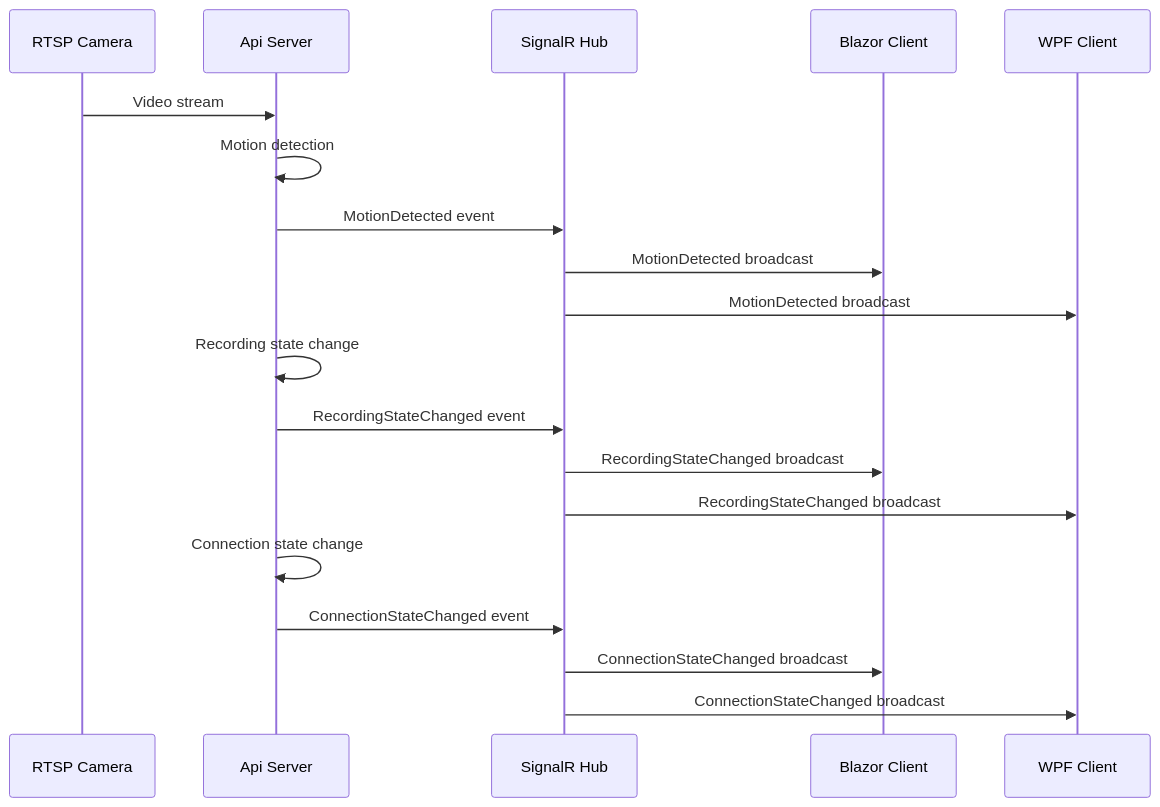
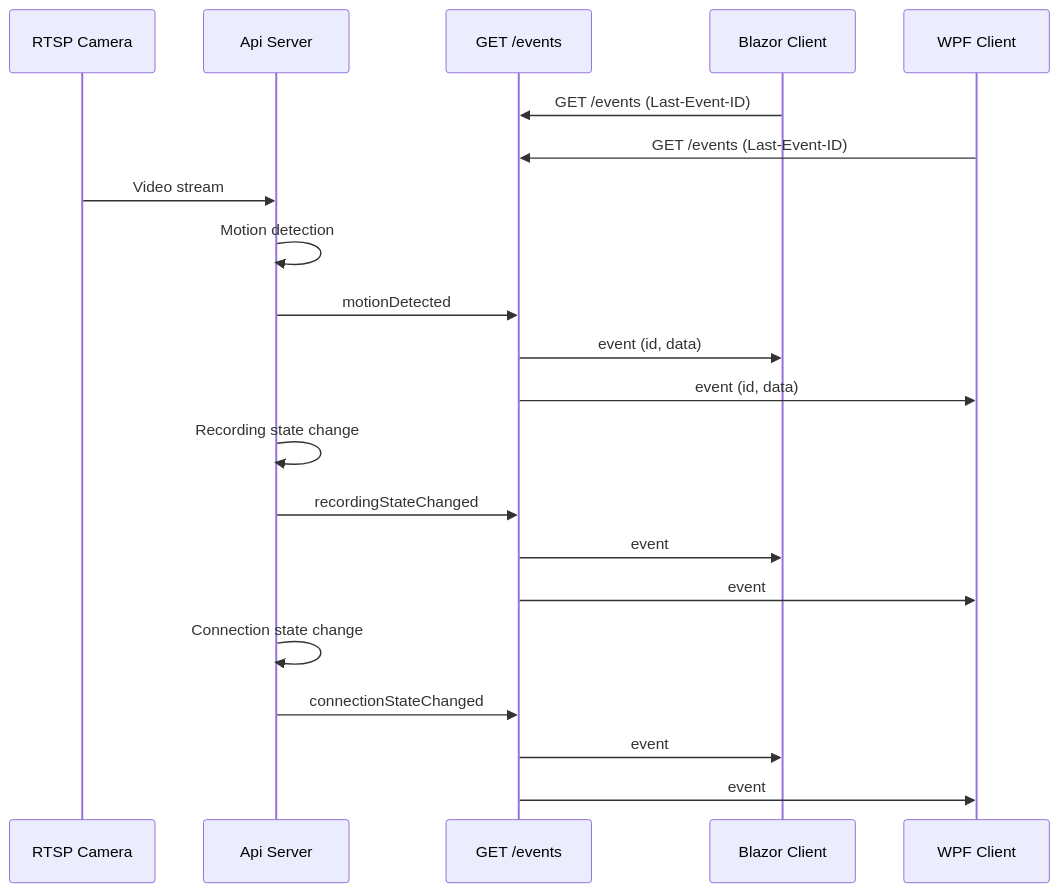
The sixth of 8 diagrams in docs/architecture.md (davidkallesen/AtcSoft.VideoSurveillance), drawn with Mermaid before and after one commit. The commit also changed other lines of this file and 66 other files, not shown here.

First line of the commit message:
refactor(clients): streams over REST on a lease, and the SignalR hub goes

````diff
--- a/docs/architecture.md
+++ b/docs/architecture.md
@@ -184,24 +184,27 @@
 ```mermaid
 sequenceDiagram
     participant Camera as RTSP Camera
     participant API as Api Server
-    participant Hub as SignalR Hub
+    participant Feed as GET /events
     participant Blazor as Blazor Client
     participant WPF as WPF Client
 
+    Blazor ->> Feed: GET /events (Last-Event-ID)
+    WPF ->> Feed: GET /events (Last-Event-ID)
+
     Camera ->> API: Video stream
     API ->> API: Motion detection
-    API ->> Hub: MotionDetected event
-    Hub ->> Blazor: MotionDetected broadcast
-    Hub ->> WPF: MotionDetected broadcast
+    API ->> Feed: motionDetected
+    Feed ->> Blazor: event (id, data)
+    Feed ->> WPF: event (id, data)
 
     API ->> API: Recording state change
-    API ->> Hub: RecordingStateChanged event
-    Hub ->> Blazor: RecordingStateChanged broadcast
-    Hub ->> WPF: RecordingStateChanged broadcast
+    API ->> Feed: recordingStateChanged
+    Feed ->> Blazor: event
+    Feed ->> WPF: event
 
     API ->> API: Connection state change
-    API ->> Hub: ConnectionStateChanged event
-    Hub ->> Blazor: ConnectionStateChanged broadcast
-    Hub ->> WPF: ConnectionStateChanged broadcast
+    API ->> Feed: connectionStateChanged
+    Feed ->> Blazor: event
+    Feed ->> WPF: event
 ```
````
